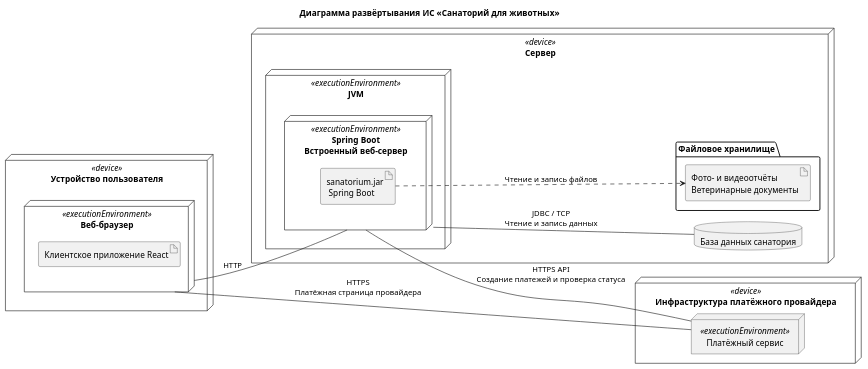
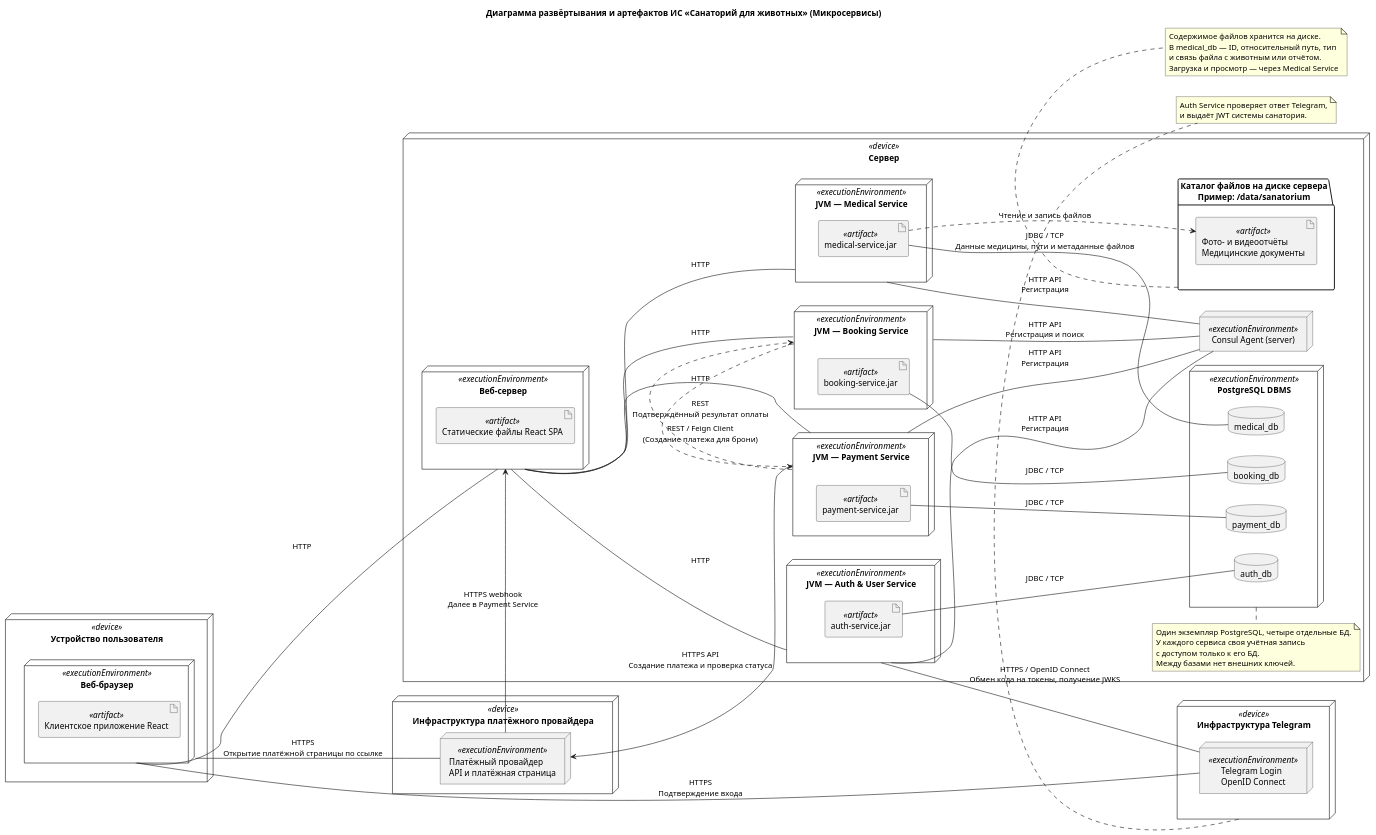
Before and after one commit to wwwyssa/IS-course-project: the diagram in docs/deployment.plantuml, drawn with PlantUML. The commit also changed other lines of this file and 3 other files, not shown here.

Commit message:
fix diagrams

```diff
--- a/docs/deployment.plantuml
+++ b/docs/deployment.plantuml
@@ -1,38 +1,114 @@
 @startuml
-title Диаграмма развёртывания ИС «Санаторий для животных»
+title Диаграмма развёртывания и артефактов ИС «Санаторий для животных» (Микросервисы)
 left to right direction
 skinparam shadowing false
 skinparam defaultFontName Arial
 skinparam nodeStyle rectangle
 
 node "Устройство пользователя" as client <<device>> {
   node "Веб-браузер" as browser <<executionEnvironment>> {
-    artifact "Клиентское приложение React" as frontend
+    artifact "Клиентское приложение React" as frontend <<artifact>>
   }
 }
 
-node "Сервер" as server <<device>> {
-  node "JVM" as jvm <<executionEnvironment>> {
-    node "Spring Boot\nВстроенный веб-сервер" as app <<executionEnvironment>> {
-      artifact "sanatorium.jar\n Spring Boot" as backend
-    }
-  }
-  folder "Файловое хранилище" as storage {
-    artifact "Фото- и видеоотчёты\nВетеринарные документы" as files
+node "Сервер" as helios <<device>> {
+  
+  node "Веб-сервер" as nginx <<executionEnvironment>> {
+    artifact "Статические файлы React SPA" as staticFiles <<artifact>>
   }
 
-  database "База данных санатория" as db
-  
+  node "JVM — Auth & User Service" as authNode <<executionEnvironment>> {
+    artifact "auth-service.jar" as authJar <<artifact>>
+  }
+  node "JVM — Booking Service" as bookingNode <<executionEnvironment>> {
+    artifact "booking-service.jar" as bookingJar <<artifact>>
+  }
+  node "JVM — Payment Service" as paymentNode <<executionEnvironment>> {
+    artifact "payment-service.jar" as paymentJar <<artifact>>
+  }
+  node "JVM — Medical Service" as medicalNode <<executionEnvironment>> {
+    artifact "medical-service.jar" as medicalJar <<artifact>>
+  }
+
+  node "PostgreSQL DBMS" as dbNode <<executionEnvironment>> {
+    database "auth_db" as dbAuth
+    database "booking_db" as dbBooking
+    database "payment_db" as dbPayment
+    database "medical_db" as dbMedical
+  }
+
+  note bottom of dbNode
+    Один экземпляр PostgreSQL, четыре отдельные БД.
+    У каждого сервиса своя учётная запись
+    с доступом только к его БД.
+    Между базами нет внешних ключей.
+  end note
+
+  folder "Каталог файлов на диске сервера\nПример: /data/sanatorium" as storage {
+    artifact "Фото- и видеоотчёты\nМедицинские документы" as files <<artifact>>
+  }
+
+  node "Consul Agent (server)" as consul <<executionEnvironment>>
+
+  authNode -- consul : HTTP API\nРегистрация
+  bookingNode -- consul : HTTP API\nРегистрация и поиск
+  medicalNode -- consul : HTTP API\nРегистрация
+  paymentNode -- consul : HTTP API\nРегистрация
 }
 
 node "Инфраструктура платёжного провайдера" as paymentHost <<device>> {
-  node "Платёжный сервис" as payment <<executionEnvironment>>
+  node "Платёжный провайдер\nAPI и платёжная страница" as paymentGateway <<executionEnvironment>>
 }
 
-browser -- app : HTTP
-app -- db : JDBC / TCP\nЧтение и запись данных
-backend ..> files : Чтение и запись файлов
-app -- payment : HTTPS API\nСоздание платежей и проверка статуса
-browser -- payment : HTTPS\nПлатёжная страница провайдера
+node "Инфраструктура Telegram" as telegramHost <<device>> {
+  node "Telegram Login\nOpenID Connect" as telegramLogin <<executionEnvironment>>
+}
+
+' Авторизация через Telegram
+browser -- telegramLogin : HTTPS\nПодтверждение входа
+authNode -- telegramLogin : HTTPS / OpenID Connect\nОбмен кода на токены, получение JWKS
+
+note bottom of telegramHost
+  Auth Service проверяет ответ Telegram,
+  и выдаёт JWT системы санатория.
+end note
+
+' Связи клиента с Nginx
+browser -- nginx : HTTP \n
+
+' Проксирование запросов от Nginx к микросервисам
+nginx -- authNode : HTTP
+nginx -- bookingNode : HTTP
+nginx -- paymentNode : HTTP
+nginx -- medicalNode : HTTP
+
+' Межсервисное взаимодействие (REST / Feign)
+bookingNode ..> paymentNode : REST / Feign Client\n(Создание платежа для брони)
+paymentNode ..> bookingNode : REST\nПодтверждённый результат оплаты
+
+' Связи микросервисов с их базами данных
+authJar -- dbAuth : JDBC / TCP
+bookingJar -- dbBooking : JDBC / TCP
+paymentJar -- dbPayment : JDBC / TCP
+medicalJar -- dbMedical : JDBC / TCP\nДанные медицины, пути и метаданные файлов
+
+' Файловое хранилище
+medicalJar ..> files : Чтение и запись файлов
+
+
+note bottom of storage
+  Содержимое файлов хранится на диске.
+  В medical_db — ID, относительный путь, тип
+  и связь файла с животным или отчётом.
+  Загрузка и просмотр — через Medical Service
+end note
+
+' Взаимодействие с платежным шлюзом
+paymentNode --> paymentGateway : HTTPS API\nСоздание платежа и проверка статуса
+paymentGateway --> nginx : HTTPS webhook\nДалее в Payment Service
+browser -- paymentGateway : HTTPS\nОткрытие платёжной страницы по ссылке
+
+
+
 
 @enduml
```
